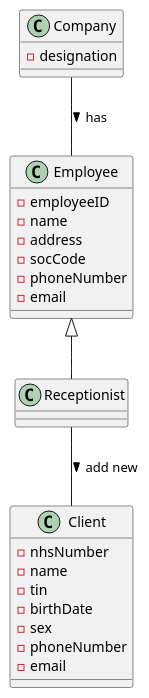
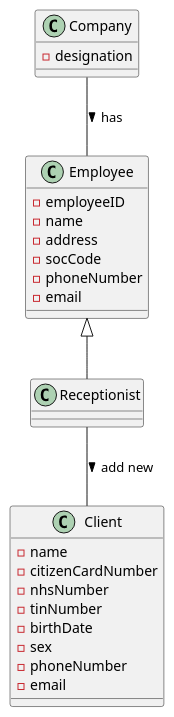
One commit to GuilhermeCunha79/lapr2 changed the diagram in docs/SprintB/US3/US03_MD.puml. Above: the diagram before and after it, drawn with PlantUML. The commit also changed 4 other files, not shown here.

```diff
--- a/docs/SprintB/US3/US03_MD.puml
+++ b/docs/SprintB/US3/US03_MD.puml
@@ -1,30 +1,31 @@
 @startuml
 'https://plantuml.com/sequence-diagram
 
 Company -- Employee :> has
 Employee <|-- Receptionist
 Receptionist -- Client :> add new
 
 class Client{
+-name
+-citizenCardNumber
 -nhsNumber
--name
--tin
+-tinNumber
 -birthDate
 -sex
 -phoneNumber
 -email
 }
 
 class Employee{
 -employeeID
 -name
 -address
 -socCode
 -phoneNumber
 -email
 }
 
 class Company{
 -designation
 }
 @enduml
```
